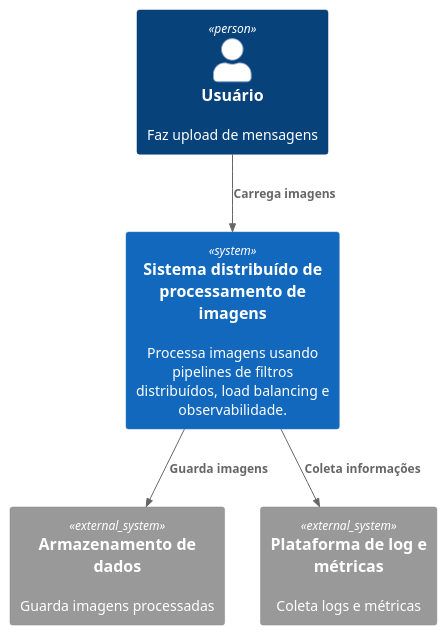
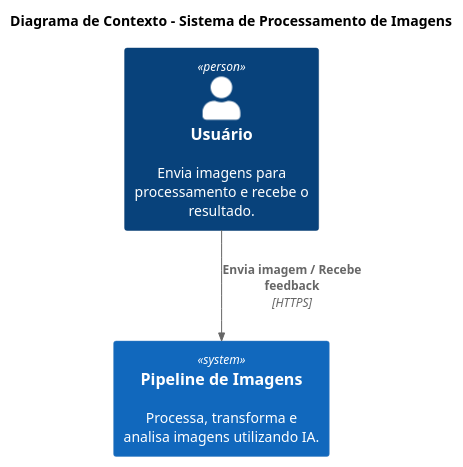
The diagram in c4_level_1.puml (akira-erick/pipes_n_filters), drawn with PlantUML before and after one commit.

Commit message:
feat: making the C4 lvl1 more user-centered

```diff
--- a/c4_level_1.puml
+++ b/c4_level_1.puml
@@ -1,17 +1,10 @@
 @startuml C4_Level1
 !include https://raw.githubusercontent.com/plantuml-stdlib/C4-PlantUML/master/C4_Context.puml
 
-LAYOUT_TOP_DOWN()
+title Diagrama de Contexto - Sistema de Processamento de Imagens
 
-Person(user, "Usuário", "Faz upload de mensagens")
+Person(user, "Usuário", "Envia imagens para processamento e recebe o resultado.")
+System(imageSystem, "Pipeline de Imagens", "Processa, transforma e analisa imagens utilizando IA.")
 
-System(system, "Sistema distribuído de processamento de imagens", "Processa imagens usando pipelines de filtros distribuídos, load balancing e observabilidade.")
-
-System_Ext(storage, "Armazenamento de dados", "Guarda imagens processadas")
-System_Ext(metrics, "Plataforma de log e métricas", "Coleta logs e métricas")
-
-Rel(user, system, "Carrega imagens")
-Rel(system, storage, "Guarda imagens")
-Rel(system, metrics, "Coleta informações")
-
+Rel(user, imageSystem, "Envia imagem / Recebe feedback", "HTTPS")
 @enduml
```
